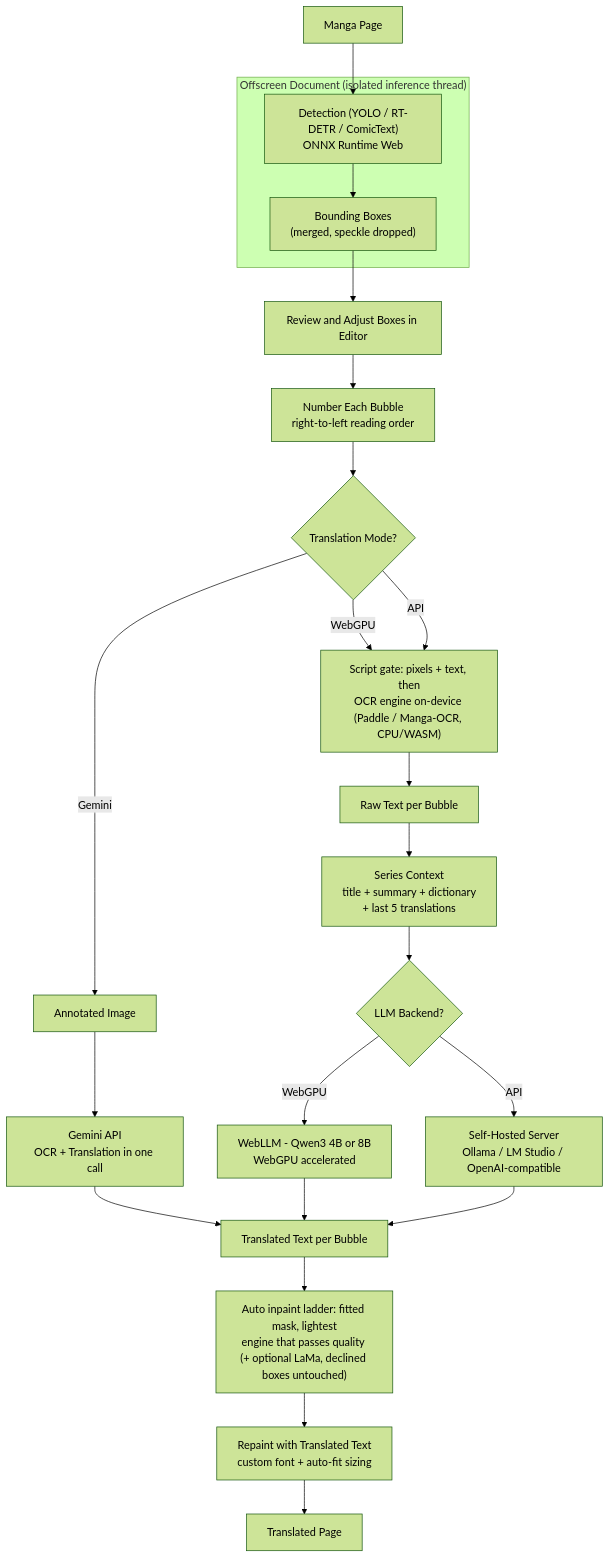
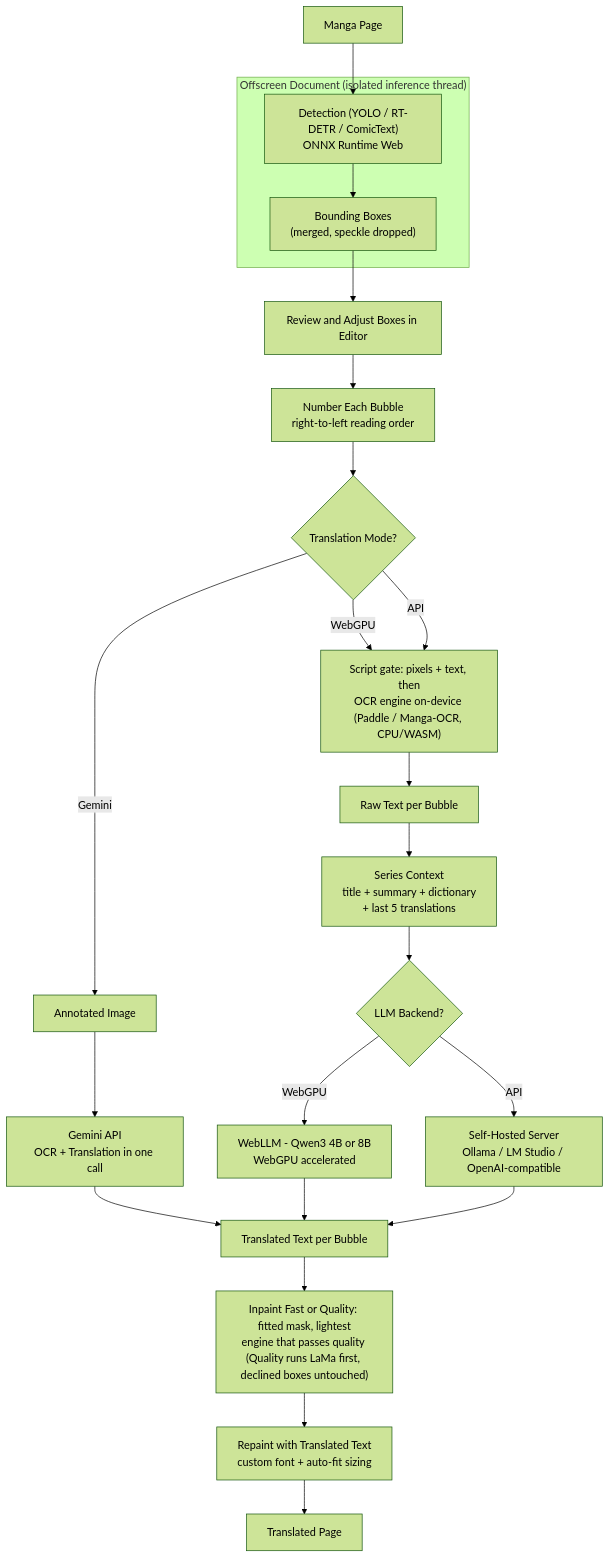
The diagram in README.md (mrdhnto/libre-manga-translator), drawn with Mermaid (forest theme) before and after one commit. The commit also changed other lines of this file and 14 other files, not shown here.

First line of the commit message:
feat(inpaint): replace auto/telea/fast with fast/quality inpainting options

````diff
--- a/README.md
+++ b/README.md
@@ -70,45 +70,45 @@
 ```mermaid
 graph TD
     Img[Manga Page] --> Detect
 
     subgraph offscreen ["Offscreen Document (isolated inference thread)"]
         Detect["Detection (YOLO / RT-DETR / ComicText)
 ONNX Runtime Web"]
         Detect --> Boxes["Bounding Boxes
 (merged, speckle dropped)"]
     end
 
     Boxes --> Refine[Review and Adjust Boxes in Editor]
     Refine --> Annotate["Number Each Bubble
 right-to-left reading order"]
     Annotate --> Mode{Translation Mode?}
 
     Mode -->|Gemini| CloudImg[Annotated Image]
     CloudImg --> Gemini["Gemini API
 OCR + Translation in one call"]
     Gemini --> Text
 
     Mode -->|WebGPU| OCR["Script gate: pixels + text, then
 OCR engine on-device (Paddle / Manga-OCR, CPU/WASM)"]
     Mode -->|API| OCR
 
     OCR --> Raw[Raw Text per Bubble]
     Raw --> Ctx["Series Context
 title + summary + dictionary
 + last 5 translations"]
     Ctx --> LLM{LLM Backend?}
 
     LLM -->|WebGPU| WebLLM["WebLLM - Qwen3 4B or 8B
 WebGPU accelerated"]
     LLM -->|API| Server["Self-Hosted Server
 Ollama / LM Studio / OpenAI-compatible"]
 
     WebLLM --> Text[Translated Text per Bubble]
     Server --> Text
 
-    Text --> Inpaint["Auto inpaint ladder: fitted mask, lightest
-engine that passes quality (+ optional LaMa, declined boxes untouched)"]
+    Text --> Inpaint["Inpaint Fast or Quality: fitted mask, lightest
+engine that passes quality (Quality runs LaMa first, declined boxes untouched)"]
     Inpaint --> Paint["Repaint with Translated Text
 custom font + auto-fit sizing"]
     Paint --> Result[Translated Page]
 ```
````
